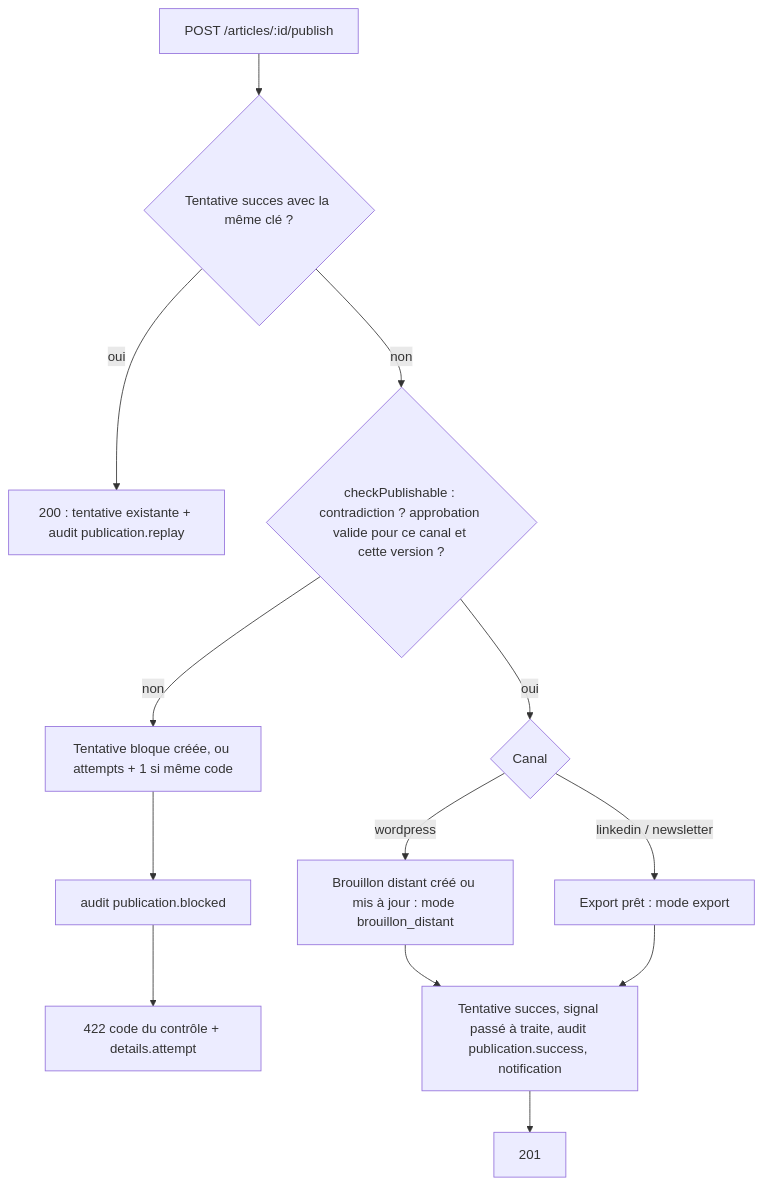
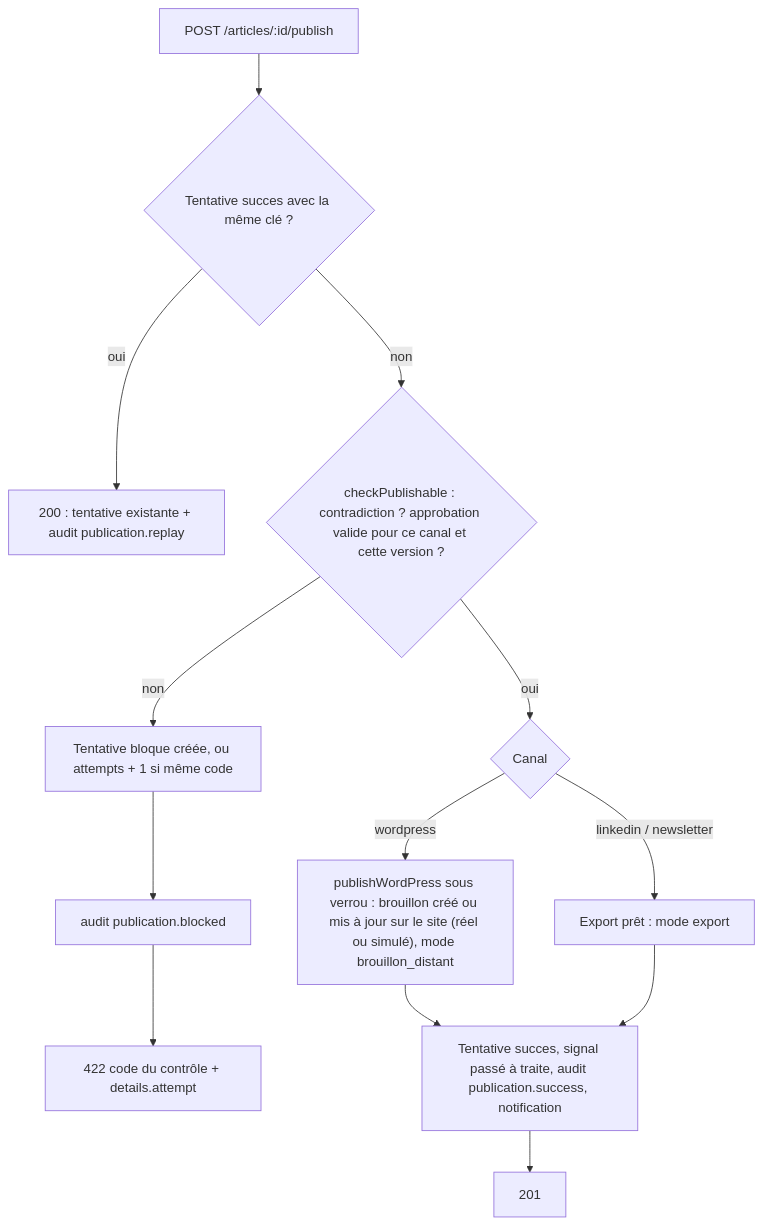
The third of 5 diagrams in docs/03-reference-api.md (Makk7709/koraino), drawn with Mermaid before and after one commit. The commit also changed other lines of this file and 13 other files, not shown here.

````diff
--- a/docs/03-reference-api.md
+++ b/docs/03-reference-api.md
@@ -1383,15 +1600,15 @@
 ```mermaid
 flowchart TD
   A[POST /articles/:id/publish] --> B{Tentative succes avec la même clé ?}
   B -- oui --> R[200 : tentative existante + audit publication.replay]
   B -- non --> C{checkPublishable : contradiction ? approbation valide pour ce canal et cette version ?}
   C -- non --> D[Tentative bloque créée, ou attempts + 1 si même code]
   D --> E[audit publication.blocked]
   E --> F[422 code du contrôle + details.attempt]
   C -- oui --> G{Canal}
-  G -- wordpress --> H[Brouillon distant créé ou mis à jour : mode brouillon_distant]
+  G -- wordpress --> H["publishWordPress sous verrou : brouillon créé ou mis à jour sur le site (réel ou simulé), mode brouillon_distant"]
   G -- linkedin / newsletter --> I[Export prêt : mode export]
   H --> J[Tentative succes, signal passé à traite, audit publication.success, notification]
   I --> J
   J --> K[201]
 ```
````
